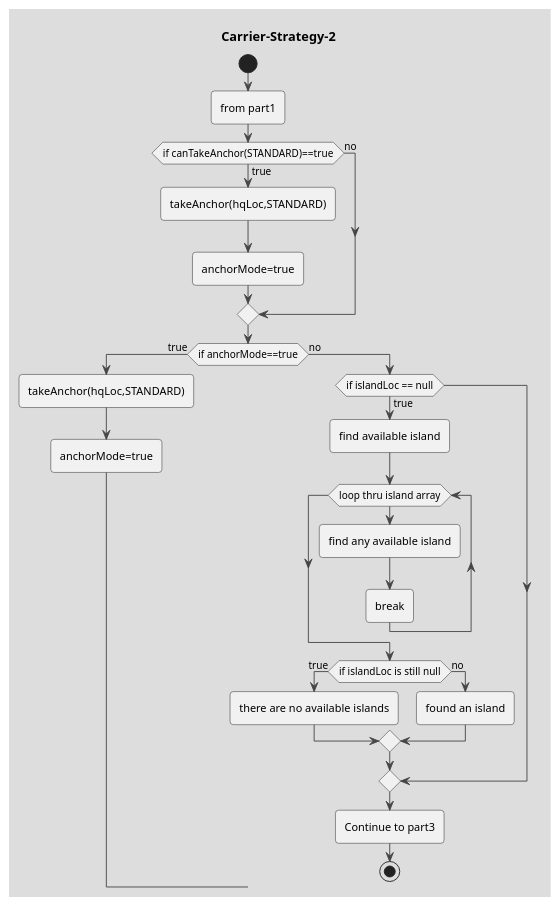
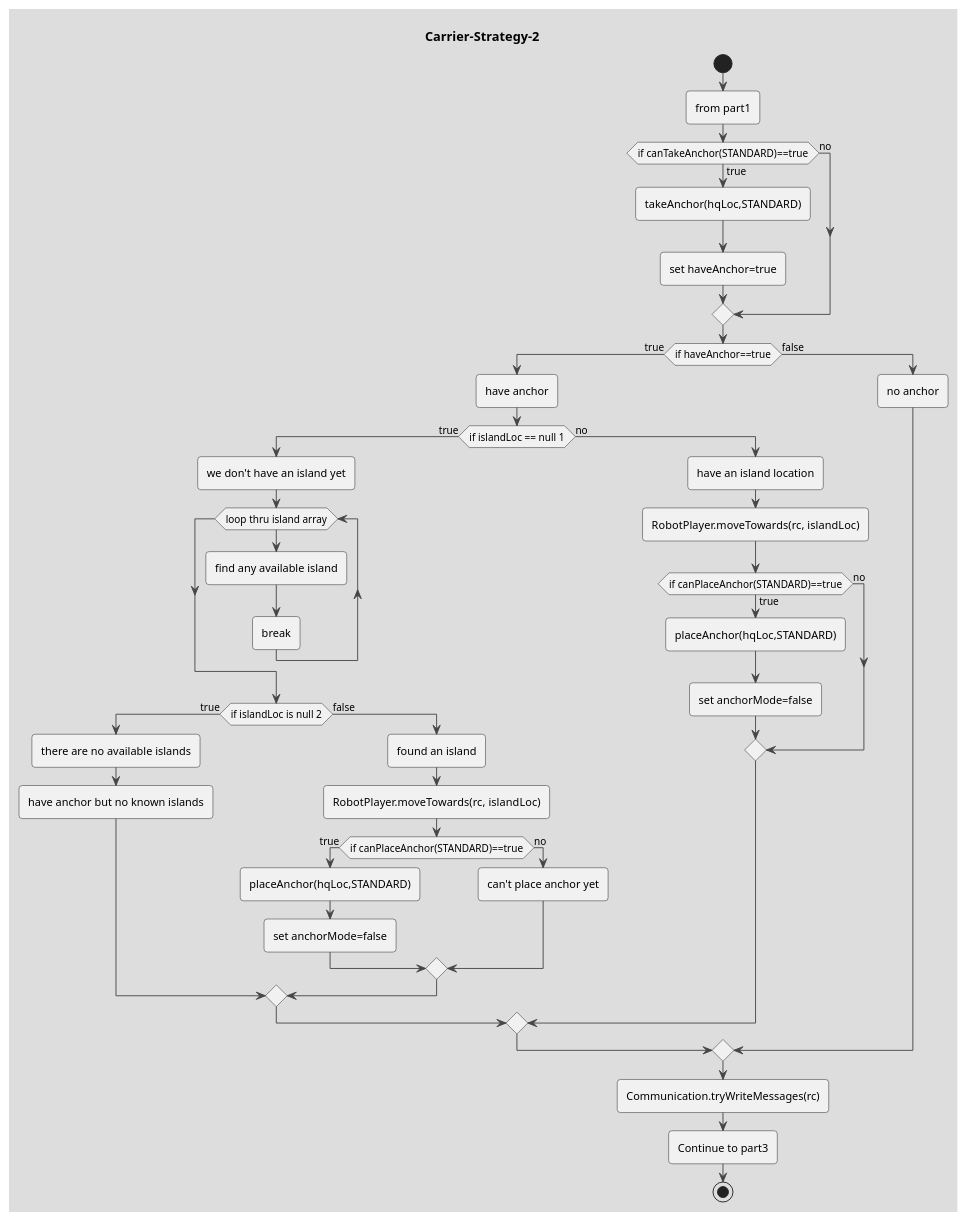
One commit to coding-to-music/plantuml-diagram-examples changed the diagram in drawings/Carrier-Stategy-2.puml. Above: the diagram before and after it, drawn with PlantUML. The commit also changed other lines of this file and 1 other file, not shown here.

```diff
--- a/drawings/Carrier-Stategy-2.puml
+++ b/drawings/Carrier-Stategy-2.puml
@@ -1,33 +1,50 @@
 @startuml Carrier-Strategy-2
 !theme toy 
 title Carrier-Strategy-2
 start
 
 :from part1; 
 
 if (if canTakeAnchor(STANDARD)==true) then (true) 
     :takeAnchor(hqLoc,STANDARD); 
-    :anchorMode=true;
+    :set haveAnchor=true;
 else (no)
 endif
 
-if (if anchorMode==true) then (true) 
-    :takeAnchor(hqLoc,STANDARD); 
-    :anchorMode=true;
-else (no)
-    if(if islandLoc == null) then (true)
-    :find available island;
-    while (loop thru island array)
-        :find any available island;
-        :break;
-    endwhile  
-    if(if islandLoc is still null) then (true)
-    :there are no available islands;
+if (if haveAnchor==true) then (true) 
+    :have anchor;
+    if(if islandLoc == null 1) then (true)
+        :we don't have an island yet;
+        while (loop thru island array)
+            :find any available island;
+            :break;
+        endwhile  
+        if(if islandLoc is null 2) then (true)
+            :there are no available islands;
+            :have anchor but no known islands;
+        else (false)
+            :found an island;
+            :RobotPlayer.moveTowards(rc, islandLoc);
+            if (if canPlaceAnchor(STANDARD)==true) then (true) 
+                :placeAnchor(hqLoc,STANDARD); 
+                :set anchorMode=false;
+            else (no)
+                :can't place anchor yet;
+            endif
+        endif
     else (no)
-    :found an island;
+        :have an island location;
+        :RobotPlayer.moveTowards(rc, islandLoc);
+        if (if canPlaceAnchor(STANDARD)==true) then (true) 
+            :placeAnchor(hqLoc,STANDARD); 
+            :set anchorMode=false;
+        else (no)
+        endif
     endif
-endif
-
+else (false)
+    :no anchor;
+endif 
+:Communication.tryWriteMessages(rc);
 :Continue to part3; 
 stop
 @enduml
```
